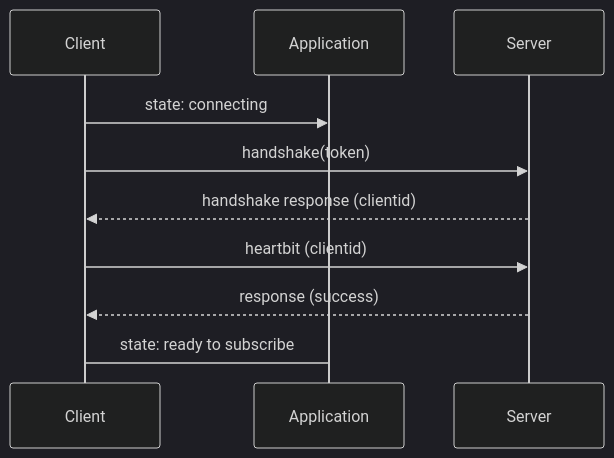
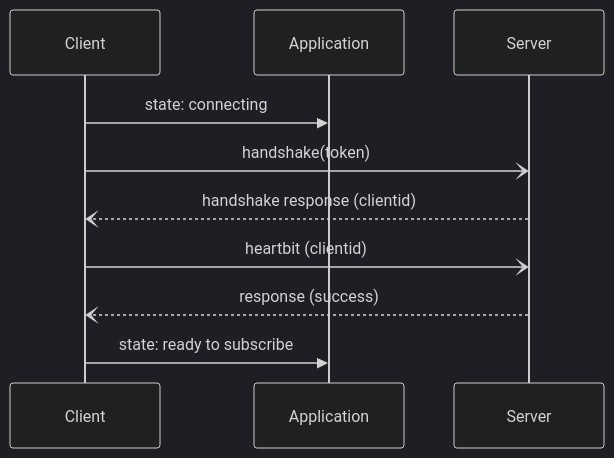
One commit to nikolaygekht/DXFeed.Net changed the second of 3 diagrams in Doc/Details/connection.md. Above: the diagram before and after it, drawn with Mermaid (dark theme). The commit also changed other lines of this file, not shown here.

````diff
--- a/Doc/Details/connection.md
+++ b/Doc/Details/connection.md
@@ -43,9 +43,9 @@
 ```mermaid
 sequenceDiagram
     Client ->> Application : state: connecting
-    Client ->> Server : handshake(token)
-    Server -->> Client : handshake response (clientid)
-    Client ->> Server : heartbit (clientid)
-    Server -->> Client : response (success)
-    Client -> Application : state: ready to subscribe
+    Client -) Server : handshake(token)
+    Server --) Client : handshake response (clientid)
+    Client -) Server : heartbit (clientid)
+    Server --) Client : response (success)
+    Client ->> Application : state: ready to subscribe
 ```
````
